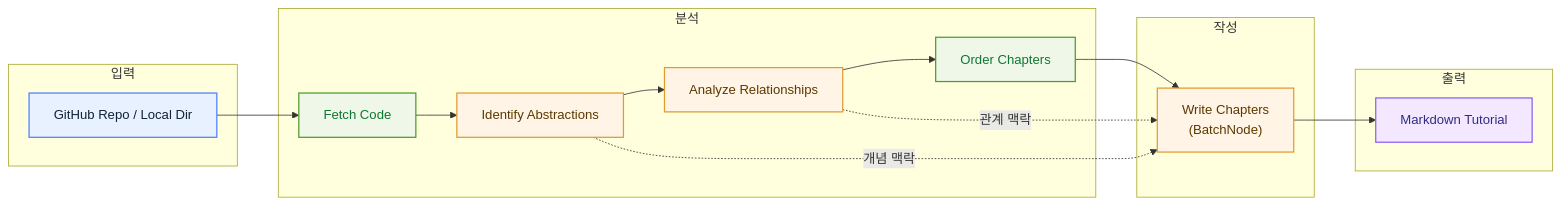
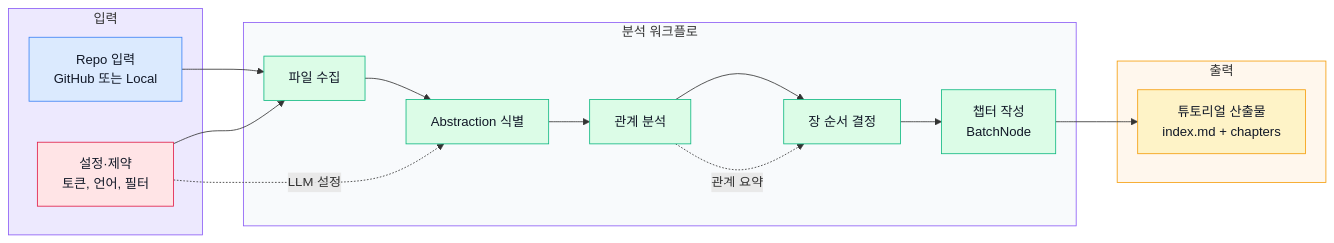
The first of 2 diagrams in docs/githubstudy/generated/the-pocket-pocketflow-tutorial-codebase-knowledge/index.md (seihwanMoon/skillrnd), drawn with Mermaid before and after one commit. The commit also changed other lines of this file and 8 other files, not shown here.

Commit message:
Restore diagram controls and refresh study pages

````diff
--- a/docs/githubstudy/generated/the-pocket-pocketflow-tutorial-codebase-knowledge/index.md
+++ b/docs/githubstudy/generated/the-pocket-pocketflow-tutorial-codebase-knowledge/index.md
@@ -66,35 +66,35 @@
 ```mermaid
 flowchart LR
-    subgraph In["입력"]
-        A["GitHub Repo / Local Dir"]
+    classDef input fill:#dbeafe,stroke:#3b82f6,color:#111827;
+    classDef core fill:#dcfce7,stroke:#10b981,color:#111827;
+    classDef output fill:#fef3c7,stroke:#f59e0b,color:#111827;
+    classDef danger fill:#ffe4e6,stroke:#e11d48,color:#111827;
+    classDef neutral fill:#ede9fe,stroke:#8b5cf6,color:#111827;
+
+    subgraph IN["입력"]
+        A["Repo 입력<br/>GitHub 또는 Local"]:::input
+        B["설정·제약<br/>토큰, 언어, 필터"]:::danger
     end
 
-    subgraph Analyze["분석"]
-        B["Fetch Code"]
-        C["Identify Abstractions"]
-        D["Analyze Relationships"]
-        E["Order Chapters"]
+    subgraph CORE["분석 워크플로"]
+        C["파일 수집"]:::core
+        D["Abstraction 식별"]:::core
+        E["관계 분석"]:::core
+        F["장 순서 결정"]:::core
+        G["챕터 작성<br/>BatchNode"]:::core
     end
 
-    subgraph Author["작성"]
-        F["Write Chapters<br/>(BatchNode)"]
+    subgraph OUT["출력"]
+        H["튜토리얼 산출물<br/>index.md + chapters"]:::output
     end
 
-    subgraph Out["출력"]
-        G["Markdown Tutorial"]
-    end
+    A --> C
+    B --> C
+    B -.LLM 설정.-> D
+    C --> D --> E --> F --> G --> H
+    E -.관계 요약.-> F
 
-    A --> B --> C --> D --> E --> F --> G
-    C -. "개념 맥락" .-> F
-    D -. "관계 맥락" .-> F
-
-    classDef input fill:#E8F1FF,stroke:#4F7DFF,color:#123,stroke-width:1.5px;
-    classDef process fill:#EEF7E8,stroke:#4C9A2A,color:#173,stroke-width:1.5px;
-    classDef llm fill:#FFF4E5,stroke:#E09A2D,color:#5A3A00,stroke-width:1.5px;
-    classDef output fill:#F3E8FF,stroke:#8B5CF6,color:#312E81,stroke-width:1.5px;
-
-    class A input;
-    class B,E process;
-    class C,D,F llm;
-    class G output;
+    style IN fill:#ede9fe,stroke:#8b5cf6
+    style CORE fill:#f8fafc,stroke:#8b5cf6
+    style OUT fill:#fff7ed,stroke:#f59e0b
 ```
````
